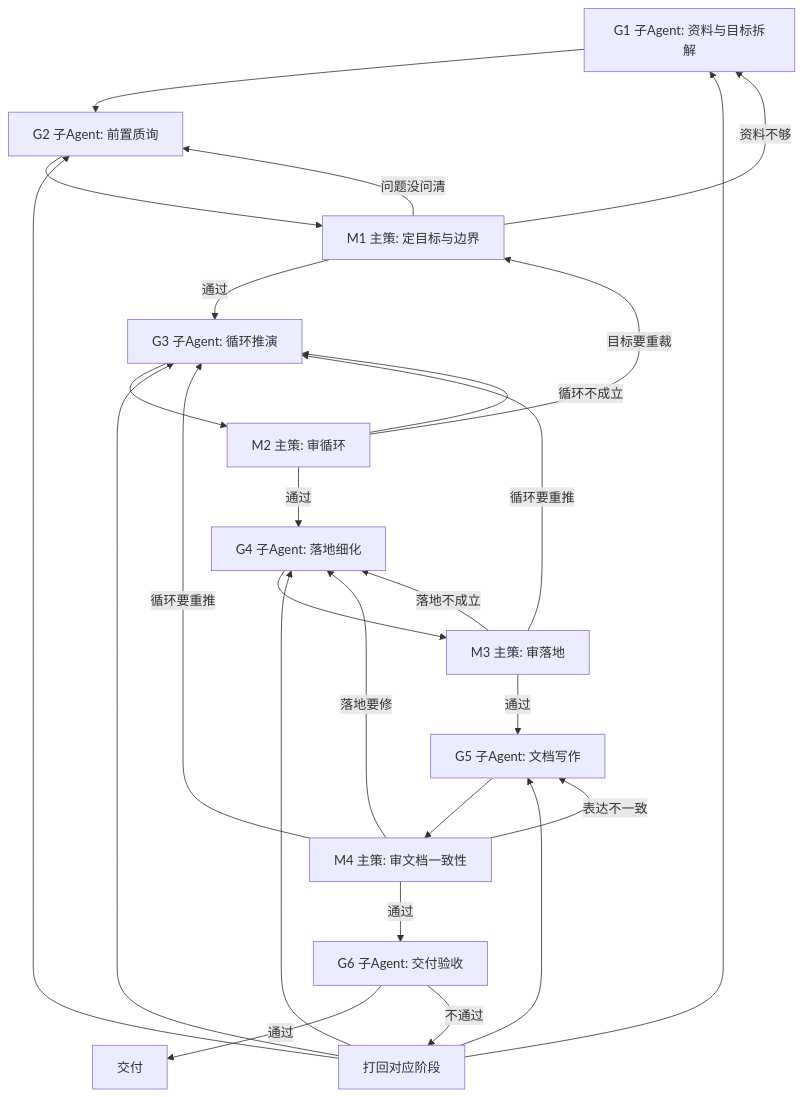
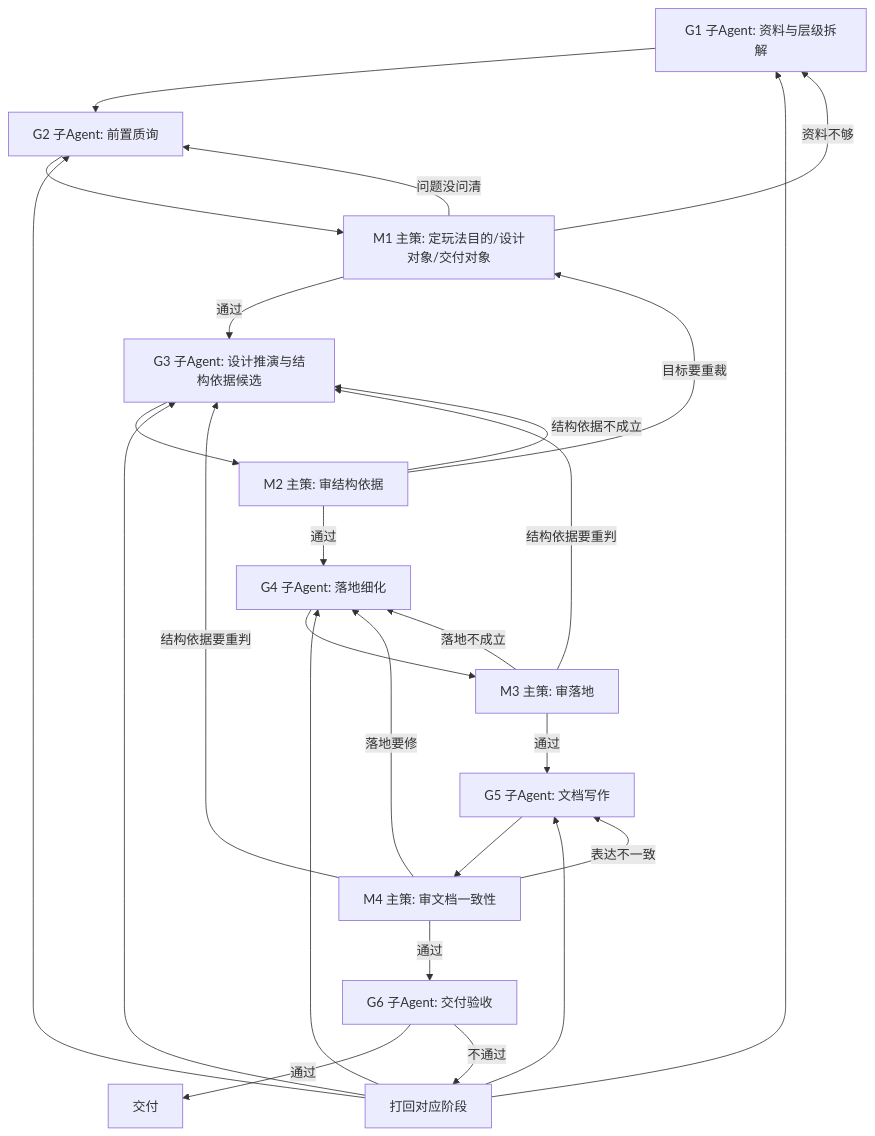
One commit to jeff931746-creator/Codex changed the diagram in reference/部门标准/策划/gdd/多Agent设计文档工作流.md. Above: the diagram before and after it, drawn with Mermaid. The commit also changed other lines of this file and 20 other files, not shown here.

````diff
--- a/reference/部门标准/策划/gdd/多Agent设计文档工作流.md
+++ b/reference/部门标准/策划/gdd/多Agent设计文档工作流.md
@@ -35,32 +35,32 @@
 ```mermaid
 flowchart TD
-    G1[G1 子Agent: 资料与目标拆解] --> G2[G2 子Agent: 前置质询]
-    G2 --> M1[M1 主策: 定目标与边界]
-    M1 -->|通过| G3[G3 子Agent: 循环推演]
+    G1[G1 子Agent: 资料与层级拆解] --> G2[G2 子Agent: 前置质询]
+    G2 --> M1[M1 主策: 定玩法目的/设计对象/交付对象]
+    M1 -->|通过| G3[G3 子Agent: 设计推演与结构依据候选]
     M1 -->|资料不够| G1
     M1 -->|问题没问清| G2
 
-    G3 --> M2[M2 主策: 审循环]
+    G3 --> M2[M2 主策: 审结构依据]
     M2 -->|通过| G4[G4 子Agent: 落地细化]
-    M2 -->|循环不成立| G3
+    M2 -->|结构依据不成立| G3
     M2 -->|目标要重裁| M1
 
     G4 --> M3[M3 主策: 审落地]
     M3 -->|通过| G5[G5 子Agent: 文档写作]
     M3 -->|落地不成立| G4
-    M3 -->|循环要重推| G3
+    M3 -->|结构依据要重判| G3
 
     G5 --> M4[M4 主策: 审文档一致性]
     M4 -->|通过| G6[G6 子Agent: 交付验收]
     M4 -->|表达不一致| G5
     M4 -->|落地要修| G4
-    M4 -->|循环要重推| G3
+    M4 -->|结构依据要重判| G3
 
     G6 -->|通过| Z[交付]
     G6 -->|不通过| R[打回对应阶段]
     R --> G1
     R --> G2
     R --> G3
     R --> G4
     R --> G5
 ```
````
